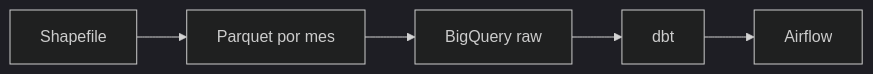
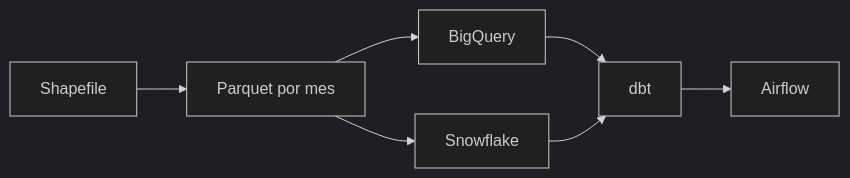
One commit to jfgarci2/medellin-traffic-incidents-pipeline changed the diagram in README.md. Above: the diagram before and after it, drawn with Mermaid (dark theme). The commit also changed other lines of this file and 9 other files, not shown here.

````diff
--- a/README.md
+++ b/README.md
@@ -8,7 +8,9 @@
 ```mermaid
 flowchart LR
     A[Shapefile] --> B[Parquet por mes]
-    B --> C[BigQuery raw]
-    C --> D[dbt]
-    D --> E[Airflow]
+    B --> C[BigQuery]
+    B --> D[Snowflake]
+    C --> E[dbt]
+    D --> E
+    E --> F[Airflow]
 ```
````
